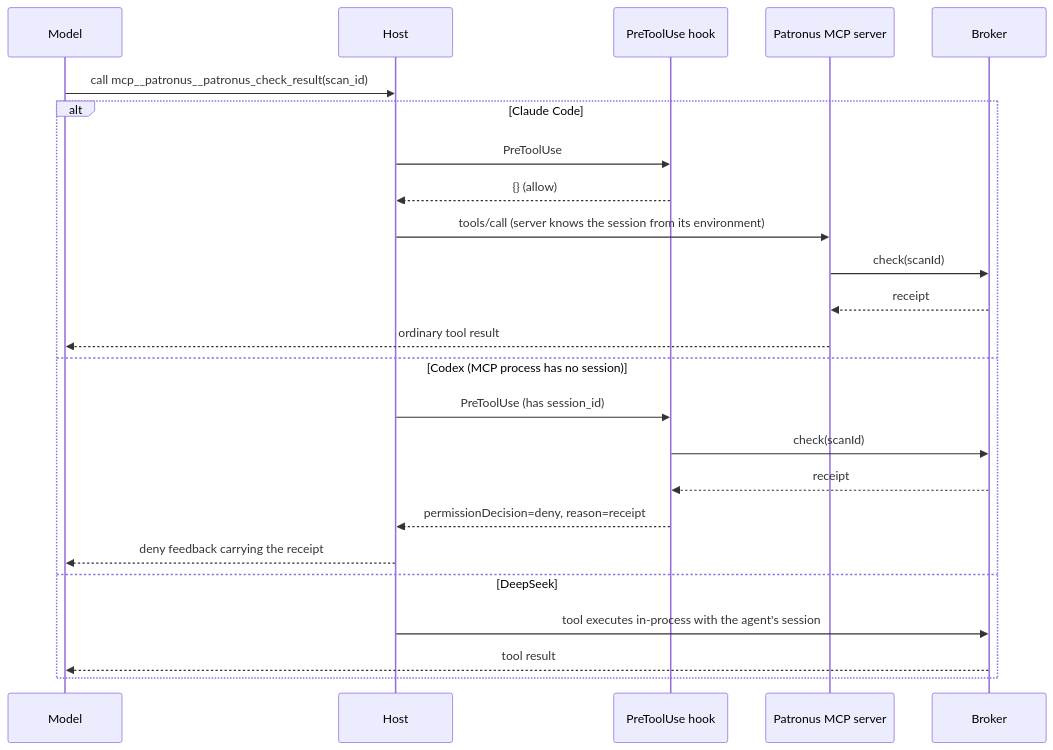
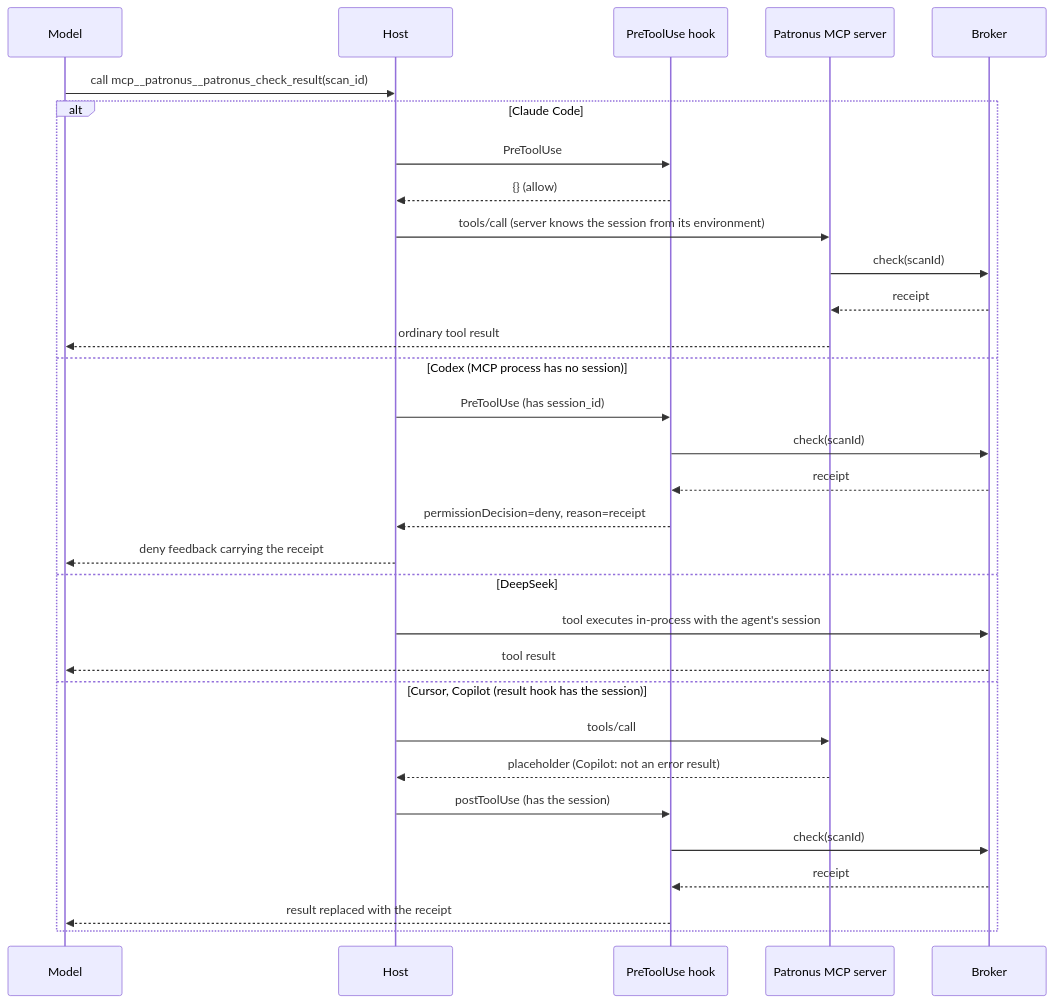
The fifth of 9 diagrams in docs/runtime-flows.md (patronus-protect/patronus-security-cli), drawn with Mermaid before and after one commit. The commit also changed other lines of this file and 18 other files, not shown here.

````diff
--- a/docs/runtime-flows.md
+++ b/docs/runtime-flows.md
@@ -196,27 +208,34 @@
 ```mermaid
 sequenceDiagram
   participant M as Model
   participant H as Host
   participant K as PreToolUse hook
   participant S as Patronus MCP server
   participant B as Broker
 
   M->>H: call mcp__patronus__patronus_check_result(scan_id)
   alt Claude Code
     H->>K: PreToolUse
     K-->>H: {} (allow)
     H->>S: tools/call (server knows the session from its environment)
     S->>B: check(scanId)
     B-->>S: receipt
     S-->>M: ordinary tool result
   else Codex (MCP process has no session)
     H->>K: PreToolUse (has session_id)
     K->>B: check(scanId)
     B-->>K: receipt
     K-->>H: permissionDecision=deny, reason=receipt
     H-->>M: deny feedback carrying the receipt
   else DeepSeek
     H->>B: tool executes in-process with the agent's session
     B-->>M: tool result
+  else Cursor, Copilot (result hook has the session)
+    H->>S: tools/call
+    S-->>H: placeholder (Copilot: not an error result)
+    H->>K: postToolUse (has the session)
+    K->>B: check(scanId)
+    B-->>K: receipt
+    K-->>M: result replaced with the receipt
   end
 ```
````
